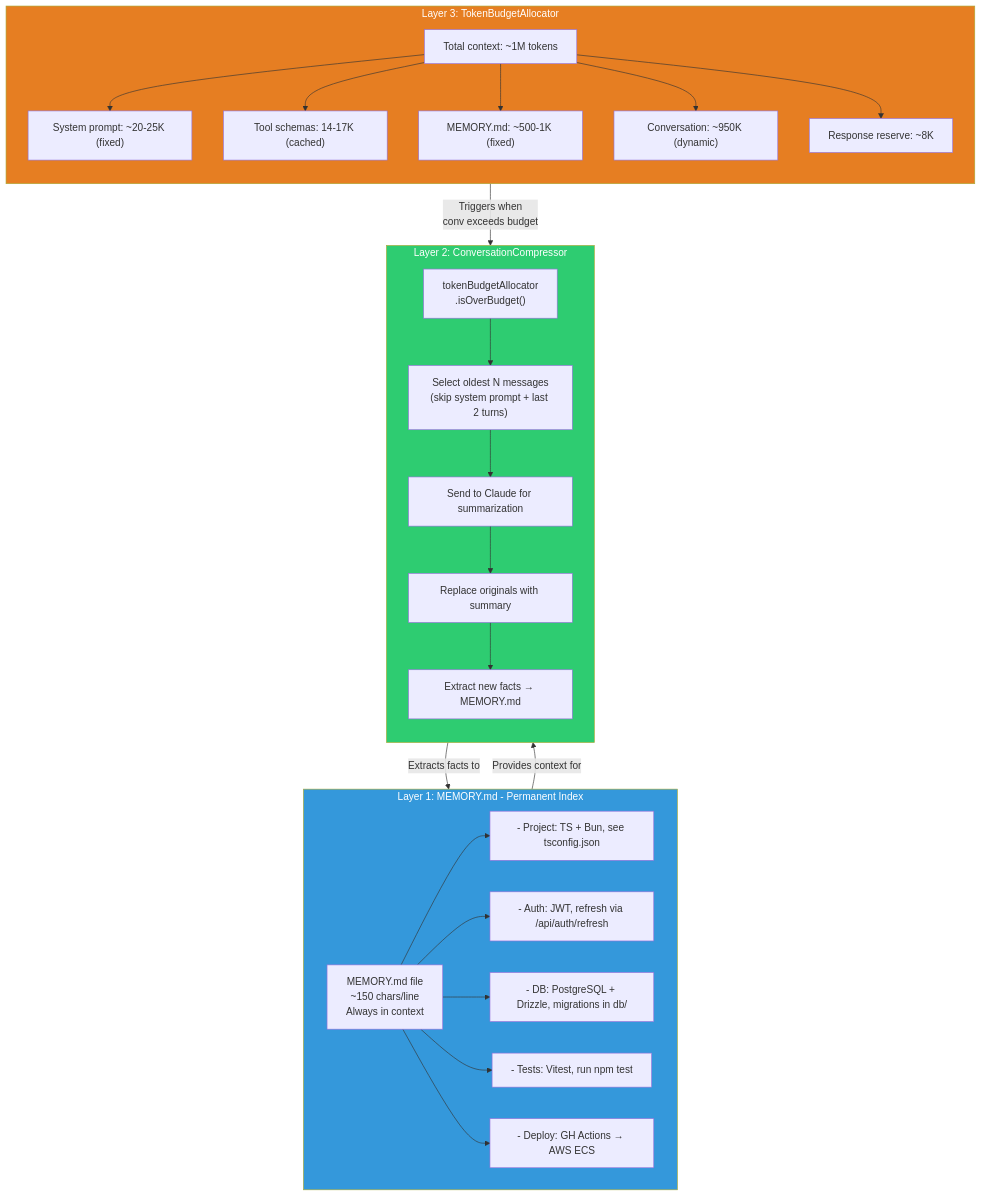
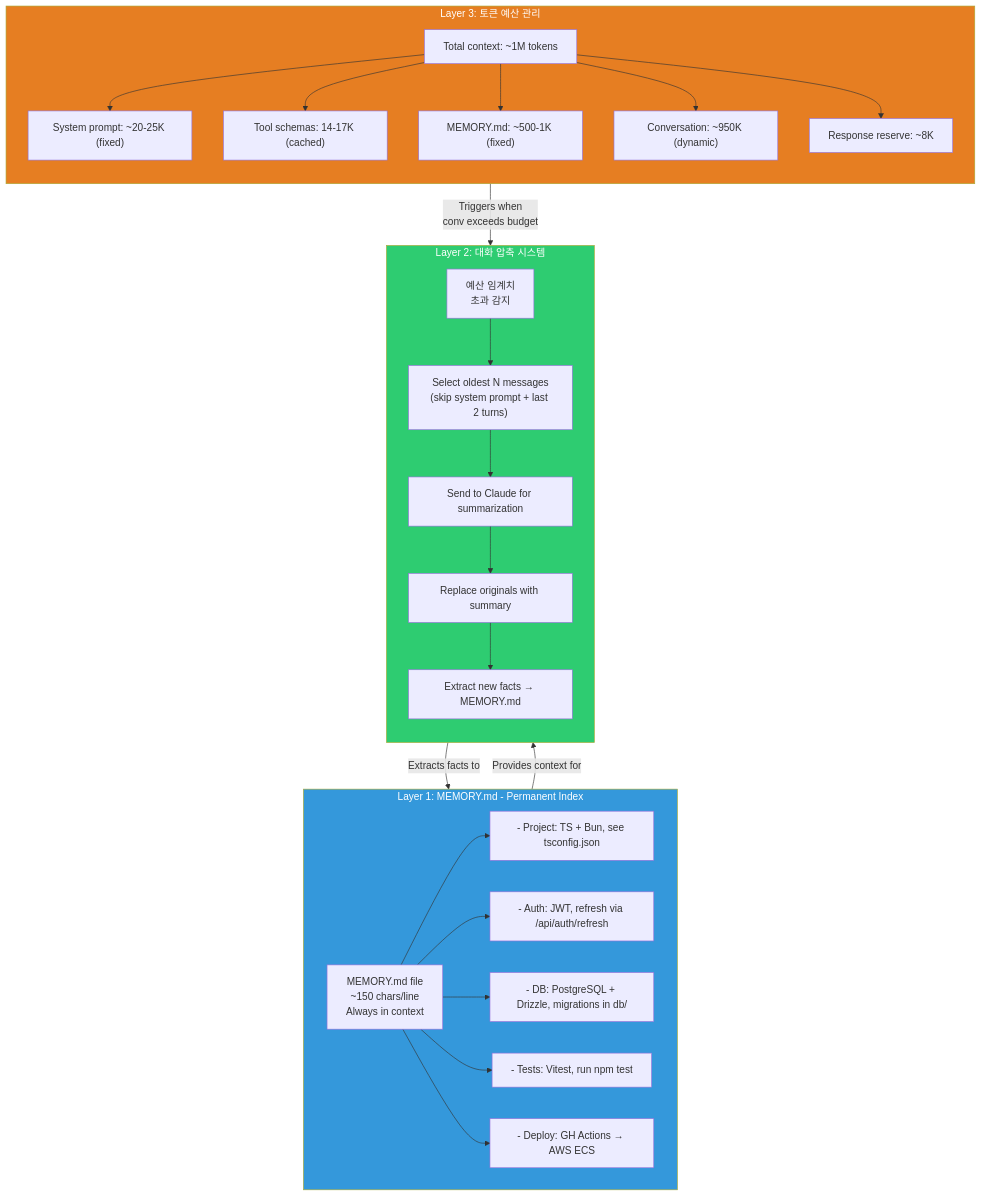
Before and after one commit to hi-space/claude-code-unpack-docs: the second of 7 diagrams in docs/deep/ko/memory/self-healing-memory.md, drawn with Mermaid. The commit also changed other lines of this file and 51 other files, not shown here.

````diff
--- a/docs/deep/ko/memory/self-healing-memory.md
+++ b/docs/deep/ko/memory/self-healing-memory.md
@@ -23,39 +23,39 @@
 ```mermaid
 graph TB
     subgraph L1["Layer 1: MEMORY.md - Permanent Index"]
         direction LR
         MD["MEMORY.md file<br/>~150 chars/line<br/>Always in context"]
         MD --> P1["- Project: TS + Bun, see tsconfig.json"]
         MD --> P2["- Auth: JWT, refresh via /api/auth/refresh"]
         MD --> P3["- DB: PostgreSQL + Drizzle, migrations in db/"]
         MD --> P4["- Tests: Vitest, run npm test"]
         MD --> P5["- Deploy: GH Actions → AWS ECS"]
     end
 
-    subgraph L2["Layer 2: ConversationCompressor"]
+    subgraph L2["Layer 2: 대화 압축 시스템"]
         direction TB
-        Trigger["tokenBudgetAllocator<br/>.isOverBudget()"]
+        Trigger["예산 임계치<br/>초과 감지"]
         Trigger --> Select["Select oldest N messages<br/>(skip system prompt + last 2 turns)"]
         Select --> Summarize["Send to Claude for summarization"]
         Summarize --> Replace["Replace originals with summary"]
         Replace --> Extract["Extract new facts → MEMORY.md"]
     end
 
-    subgraph L3["Layer 3: TokenBudgetAllocator"]
+    subgraph L3["Layer 3: 토큰 예산 관리"]
         direction TB
         Budget["Total context: ~1M tokens"]
         Budget --> Sys["System prompt: ~20-25K (fixed)"]
         Budget --> Tools["Tool schemas: 14-17K (cached)"]
         Budget --> Mem["MEMORY.md: ~500-1K (fixed)"]
         Budget --> Conv["Conversation: ~950K (dynamic)"]
         Budget --> Reserve["Response reserve: ~8K"]
     end
 
     L3 -->|"Triggers when<br/>conv exceeds budget"| L2
     L2 -->|"Extracts facts to"| L1
     L1 -->|"Provides context for"| L2
 
     style L1 fill:#3498db,color:#fff
     style L2 fill:#2ecc71,color:#fff
     style L3 fill:#e67e22,color:#fff
 ```
````
